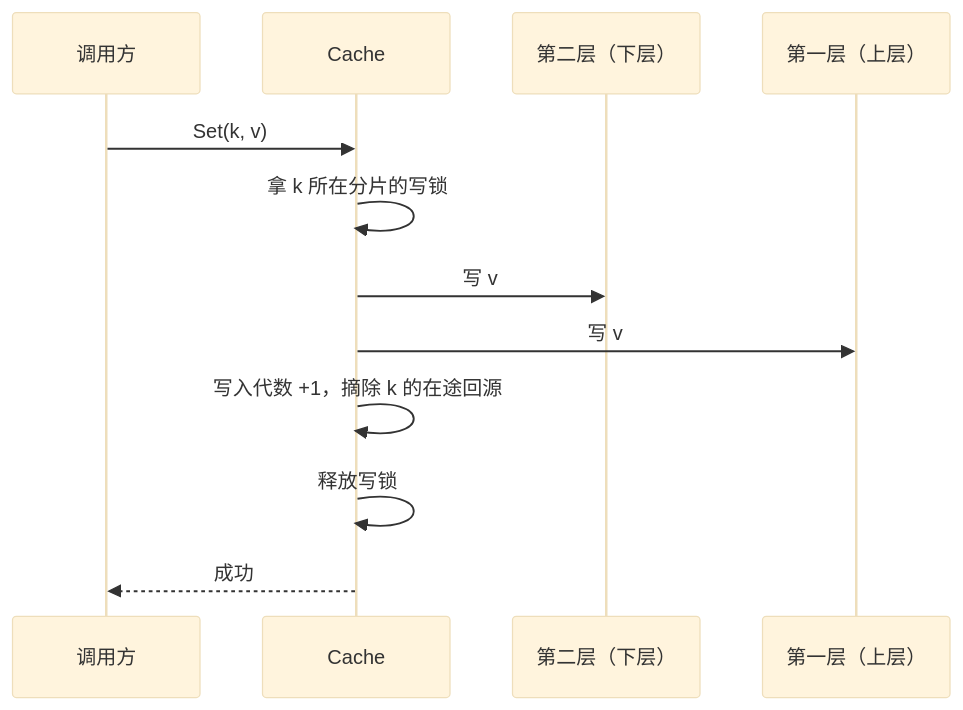
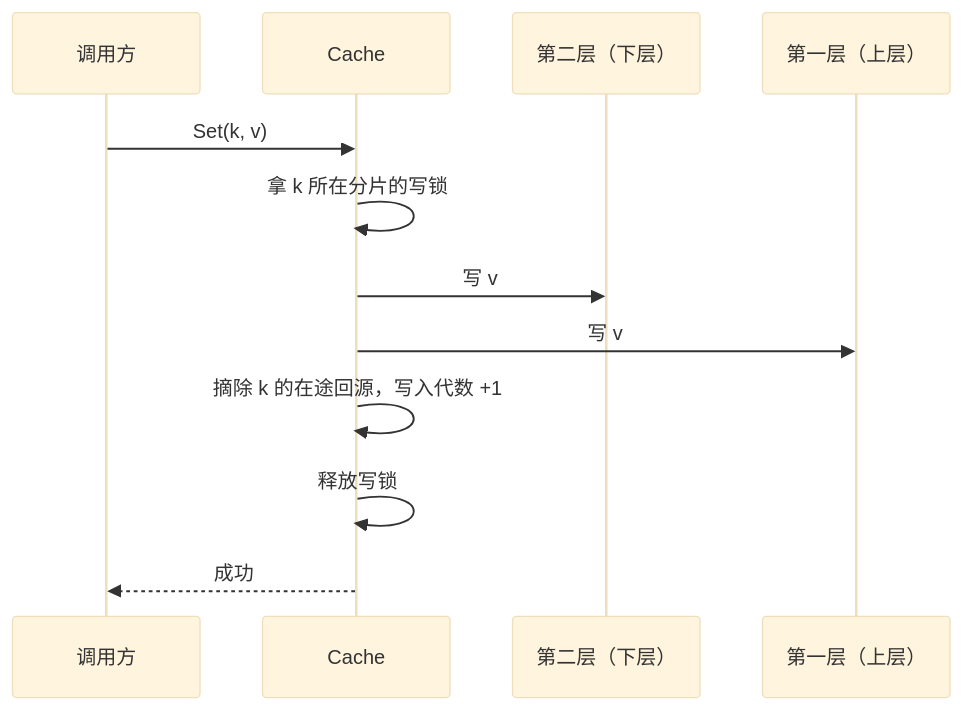
The first of 8 diagrams in docs/design/write-order.md (theplant/cachex), drawn with Mermaid (base theme) before and after one commit. The commit also changed other lines of this file and 13 other files, not shown here.

````diff
--- a/docs/design/write-order.md
+++ b/docs/design/write-order.md
@@ -36,14 +36,14 @@
 ```mermaid
 sequenceDiagram
     participant C as 调用方
     participant K as Cache
     participant L1 as 第二层（下层）
     participant L0 as 第一层（上层）
     C->>K: Set(k, v)
     K->>K: 拿 k 所在分片的写锁
     K->>L1: 写 v
     K->>L0: 写 v
-    K->>K: 写入代数 +1，摘除 k 的在途回源
+    K->>K: 摘除 k 的在途回源，写入代数 +1
     K->>K: 释放写锁
     K-->>C: 成功
 ```
````
